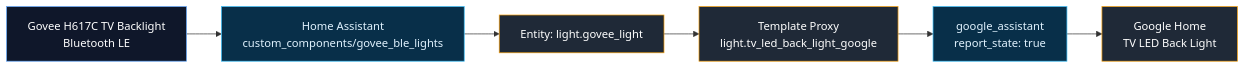
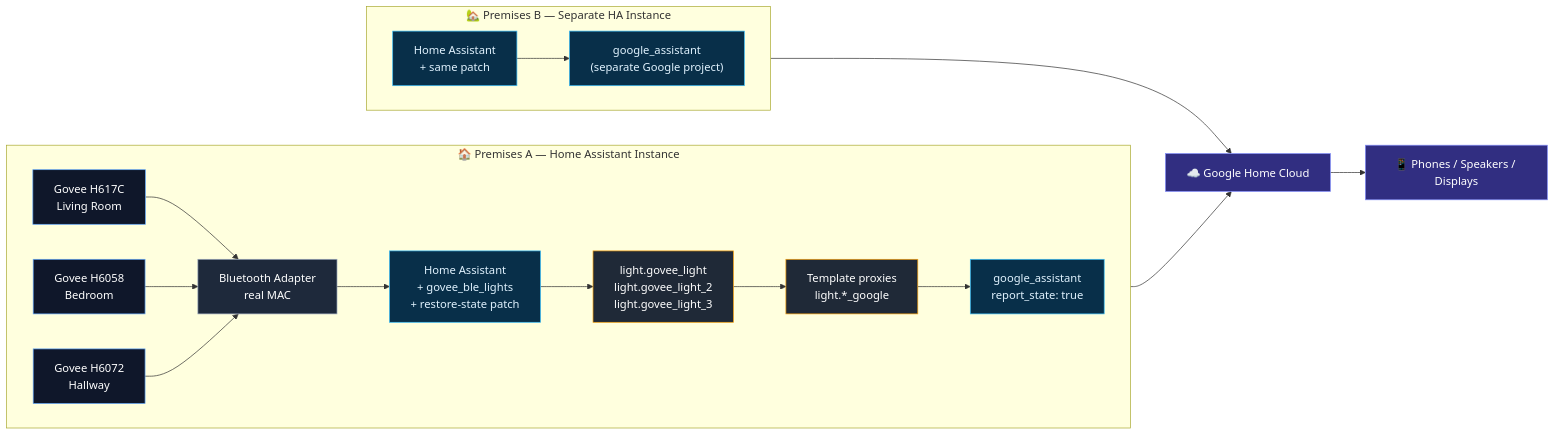
Before and after one commit to sharvinzlife/govee-tv-led-backlight-bluetooth-proxy: the diagram in README.md, drawn with Mermaid. The commit also changed other lines of this file and 8 other files, not shown here.

First line of the commit message:
v1.1.0: multi-device toolkit + bluetooth repair script

````diff
--- a/README.md
+++ b/README.md
@@ -37,17 +40,40 @@
 ```mermaid
 flowchart LR
-    A["Govee H617C TV Backlight<br/>Bluetooth LE"] --> B["Home Assistant<br/>custom_components/govee_ble_lights"]
-    B --> C["Entity: light.govee_light"]
-    C --> D["Template Proxy<br/>light.tv_led_back_light_google"]
-    D --> E["google_assistant<br/>report_state: true"]
-    E --> F["Google Home<br/>TV LED Back Light"]
+    subgraph PREM_A["🏠 Premises A — Home Assistant Instance"]
+        direction LR
+        BLE_A1["Govee H617C<br/>Living Room"]
+        BLE_A2["Govee H6058<br/>Bedroom"]
+        BLE_A3["Govee H6072<br/>Hallway"]
+        ADAPT_A["Bluetooth Adapter<br/>real MAC"]
+        HA_A["Home Assistant<br/>+ govee_ble_lights<br/>+ restore-state patch"]
+        SRC_A["light.govee_light<br/>light.govee_light_2<br/>light.govee_light_3"]
+        PROXY_A["Template proxies<br/>light.*_google"]
+        GA_A["google_assistant<br/>report_state: true"]
+
+        BLE_A1 --> ADAPT_A
+        BLE_A2 --> ADAPT_A
+        BLE_A3 --> ADAPT_A
+        ADAPT_A --> HA_A --> SRC_A --> PROXY_A --> GA_A
+    end
+
+    subgraph PREM_B["🏡 Premises B — Separate HA Instance"]
+        direction LR
+        HA_B["Home Assistant<br/>+ same patch"] --> GA_B["google_assistant<br/>(separate Google project)"]
+    end
+
+    GA_A --> GH["☁️ Google Home Cloud"]
+    GA_B --> GH
+    GH --> USER["📱 Phones / Speakers / Displays"]
 
     classDef device fill:#0f172a,stroke:#60a5fa,color:#ffffff
-    classDef service fill:#082f49,stroke:#38bdf8,color:#e0f2fe
+    classDef adapter fill:#1e293b,stroke:#94a3b8,color:#ffffff
+    classDef ha fill:#082f49,stroke:#38bdf8,color:#e0f2fe
     classDef entity fill:#1f2937,stroke:#f59e0b,color:#ffffff
     classDef cloud fill:#312e81,stroke:#818cf8,color:#ffffff
 
-    class A device
-    class B,E service
-    class C,D,F entity
+    class BLE_A1,BLE_A2,BLE_A3 device
+    class ADAPT_A adapter
+    class HA_A,HA_B,GA_A,GA_B ha
+    class SRC_A,PROXY_A entity
+    class GH,USER cloud
 ```
````
